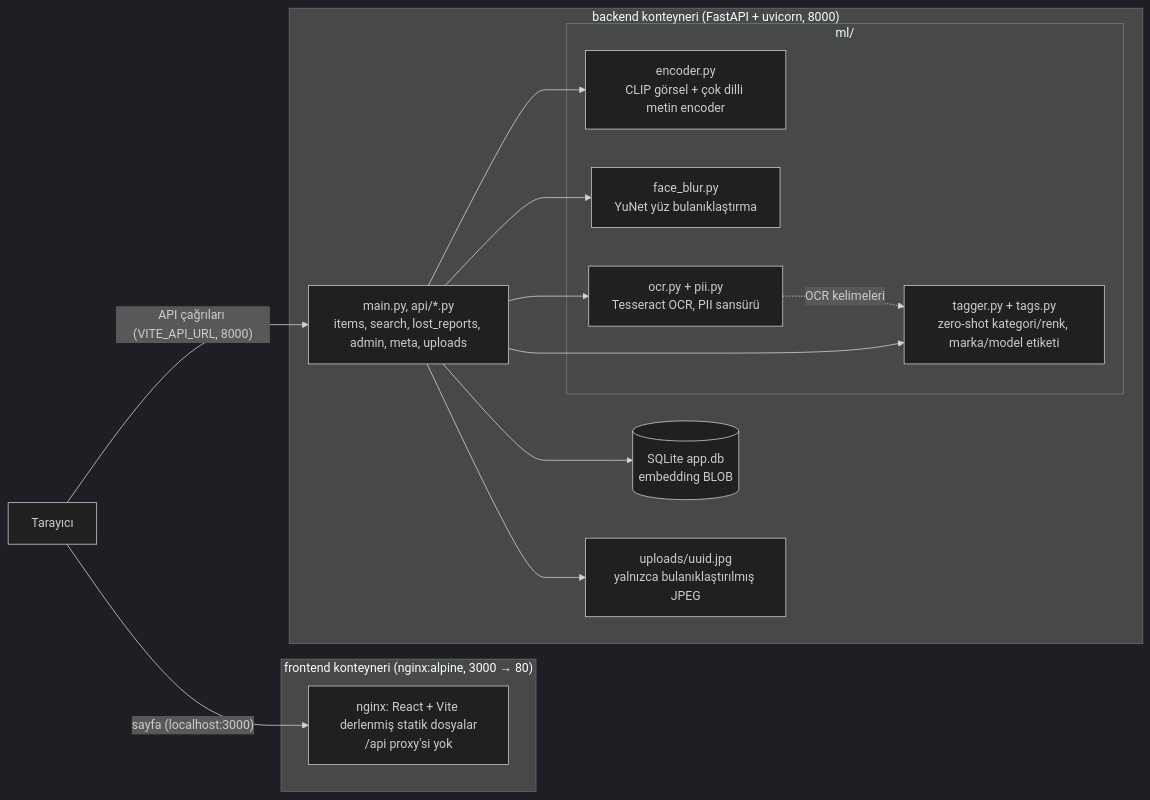
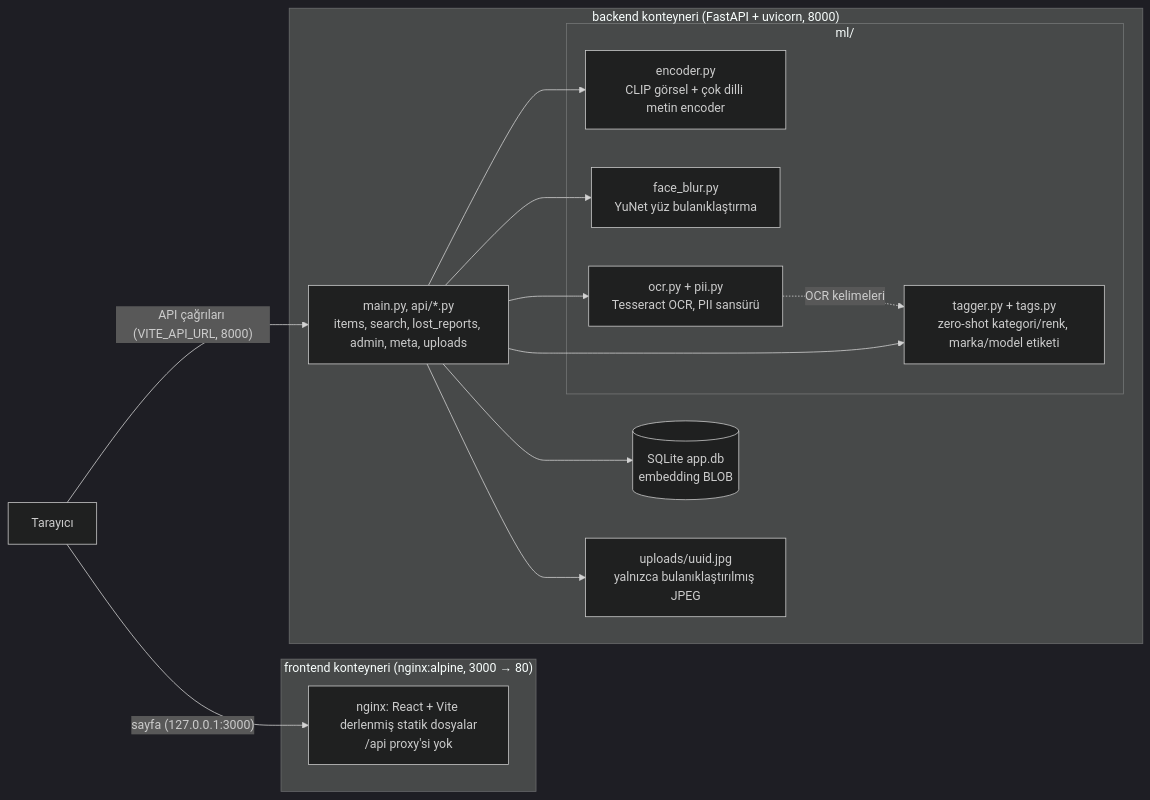
The diagram in README.md (gitfirsthub/kayip-esya-clip), drawn with Mermaid (dark theme) before and after one commit. The commit also changed other lines of this file, not shown here.

````diff
--- a/README.md
+++ b/README.md
@@ -24,30 +20,30 @@
 ```mermaid
 flowchart LR
     B["Tarayıcı"]
 
     subgraph FE["frontend konteyneri (nginx:alpine, 3000 → 80)"]
         N["nginx: React + Vite derlenmiş statik dosyalar<br/>/api proxy'si yok"]
     end
 
     subgraph BE["backend konteyneri (FastAPI + uvicorn, 8000)"]
         API["main.py, api/*.py<br/>items, search, lost_reports, admin, meta, uploads"]
         subgraph ML["ml/"]
             ENC["encoder.py<br/>CLIP görsel + çok dilli metin encoder"]
             BLUR["face_blur.py<br/>YuNet yüz bulanıklaştırma"]
             OCR["ocr.py + pii.py<br/>Tesseract OCR, PII sansürü"]
             TAG["tagger.py + tags.py<br/>zero-shot kategori/renk, marka/model etiketi"]
         end
         DB[("SQLite app.db<br/>embedding BLOB")]
         UP["uploads/uuid.jpg<br/>yalnızca bulanıklaştırılmış JPEG"]
     end
 
-    B -->|"sayfa (localhost:3000)"| N
+    B -->|"sayfa (127.0.0.1:3000)"| N
     B -->|"API çağrıları (VITE_API_URL, 8000)"| API
     API --> BLUR
     API --> OCR
     API --> ENC
     OCR -.->|"OCR kelimeleri"| TAG
     API --> TAG
     API --> DB
     API --> UP
 ```
````
